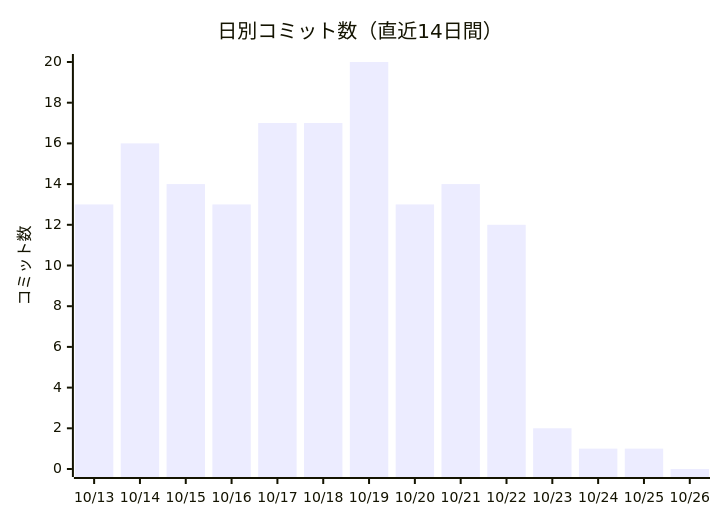
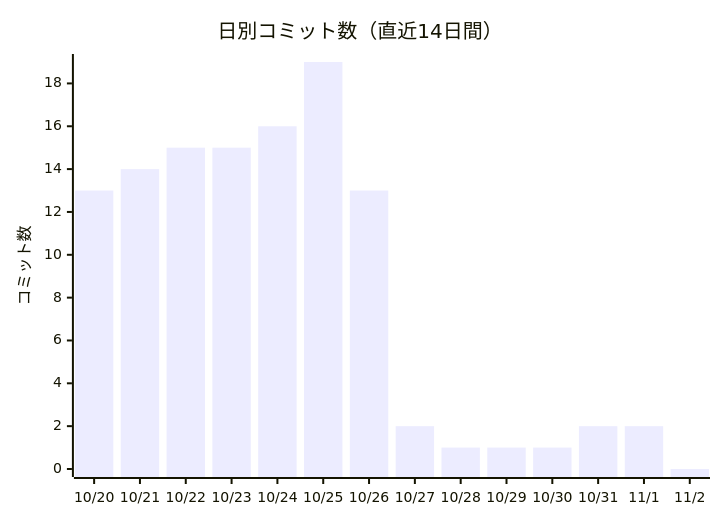
Before and after one commit to non-x2/non-x2: the first of 2 diagrams in docs/進化レポート.md, drawn with Mermaid. The commit also changed other lines of this file and 6 other files, not shown here.

````diff
--- a/docs/進化レポート.md
+++ b/docs/進化レポート.md
@@ -23,7 +23,7 @@
 ```mermaid
 xychart-beta
     title "日別コミット数（直近14日間）"
-    x-axis ["10/13", "10/14", "10/15", "10/16", "10/17", "10/18", "10/19", "10/20", "10/21", "10/22", "10/23", "10/24", "10/25", "10/26"]
+    x-axis ["10/20", "10/21", "10/22", "10/23", "10/24", "10/25", "10/26", "10/27", "10/28", "10/29", "10/30", "10/31", "11/1", "11/2"]
     y-axis "コミット数"
-    bar [13, 16, 14, 13, 17, 17, 20, 13, 14, 12, 2, 1, 1, 0]
+    bar [13, 14, 15, 15, 16, 19, 13, 2, 1, 1, 1, 2, 2, 0]
 ```
````
